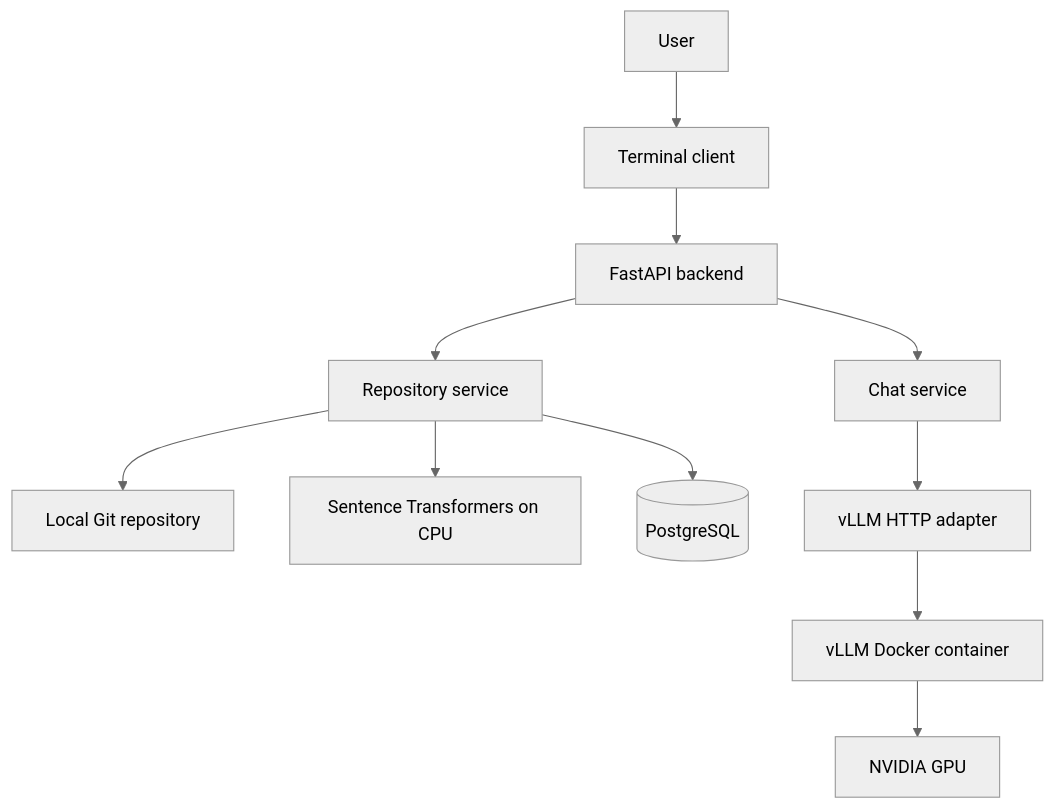
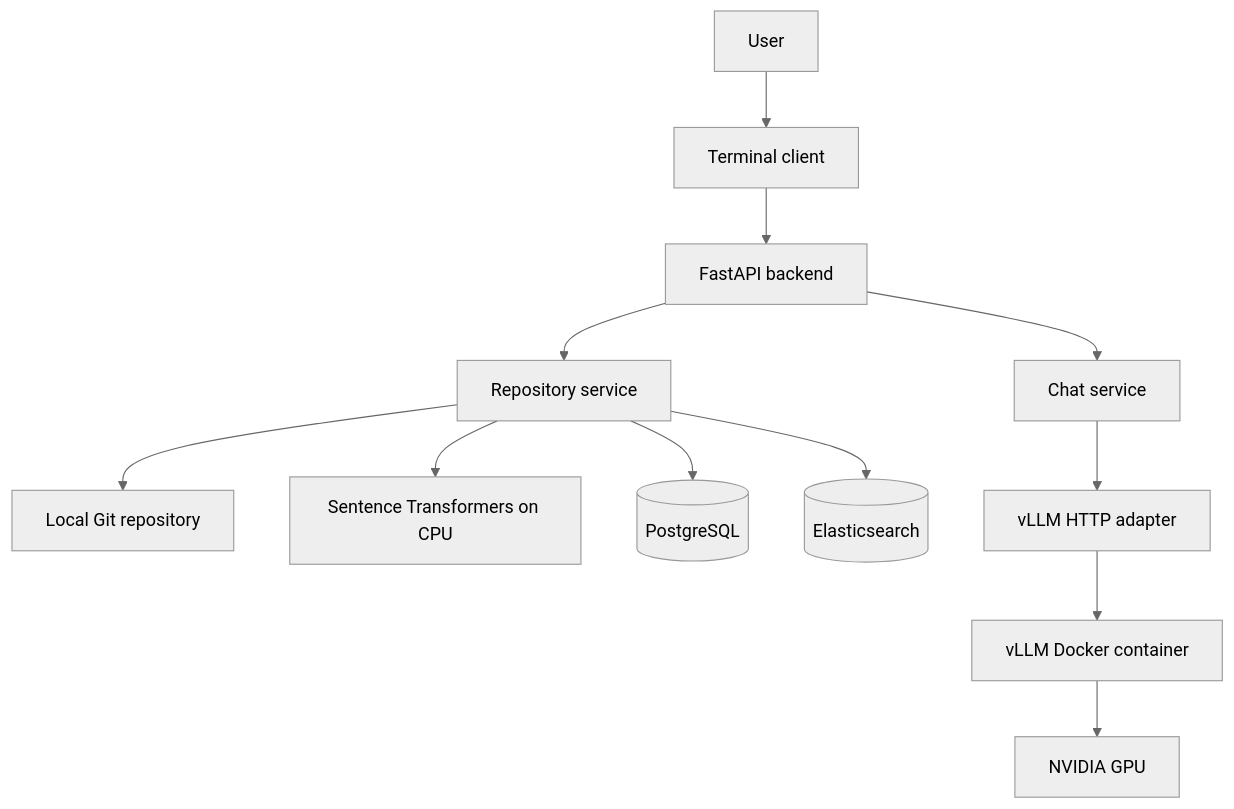
Before and after one commit to mayank3aj3769/RepoWren: the diagram in docs/architecture.md, drawn with Mermaid (neutral theme). The commit also changed other lines of this file and 19 other files, not shown here.

````diff
--- a/docs/architecture.md
+++ b/docs/architecture.md
@@ -8,14 +9,15 @@
 ```mermaid
 flowchart TD
     U[User] --> C[Terminal client]
     C --> A[FastAPI backend]
     A --> S[Chat service]
     A --> R[Repository service]
     R --> F[Local Git repository]
     R --> E[Sentence Transformers on CPU]
     R --> P[(PostgreSQL)]
+    R --> X[(Elasticsearch)]
     S --> I[vLLM HTTP adapter]
     I --> V[vLLM Docker container]
     V --> G[NVIDIA GPU]
 
 ```
````
